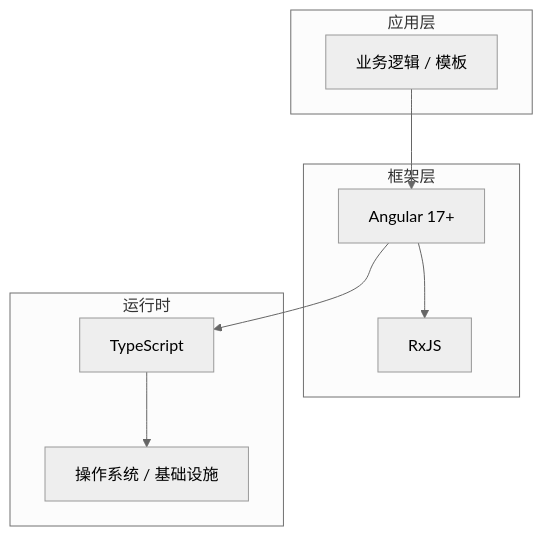
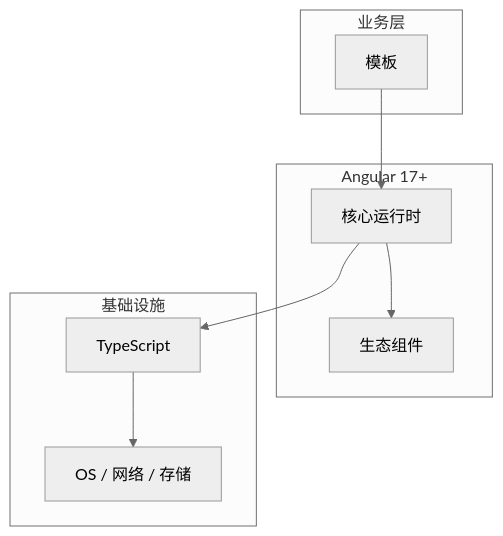
The diagram in articles/Angular/chapters/013-模板核心概念与原理.md (yanggan2015/knowledge-json-v2), drawn with Mermaid (neutral theme) before and after one commit. The commit also changed other lines of this file and 10127 other files, not shown here.

````diff
--- a/articles/Angular/chapters/013-模板核心概念与原理.md
+++ b/articles/Angular/chapters/013-模板核心概念与原理.md
@@ -45,18 +34,18 @@
 ```mermaid
 graph TB
-    subgraph 应用层
-        A[业务逻辑 / 模板]
+    subgraph 业务层
+        A[模板]
     end
-    subgraph 框架层
-        B[Angular 17+]
-        C[RxJS]
+    subgraph Angular 17+
+        B[核心运行时]
+        C[生态组件]
     end
-    subgraph 运行时
+    subgraph 基础设施
         D[TypeScript]
-        E[操作系统 / 基础设施]
+        E[OS / 网络 / 存储]
     end
     A --> B
     B --> C
     B --> D
     D --> E
 ```
````
